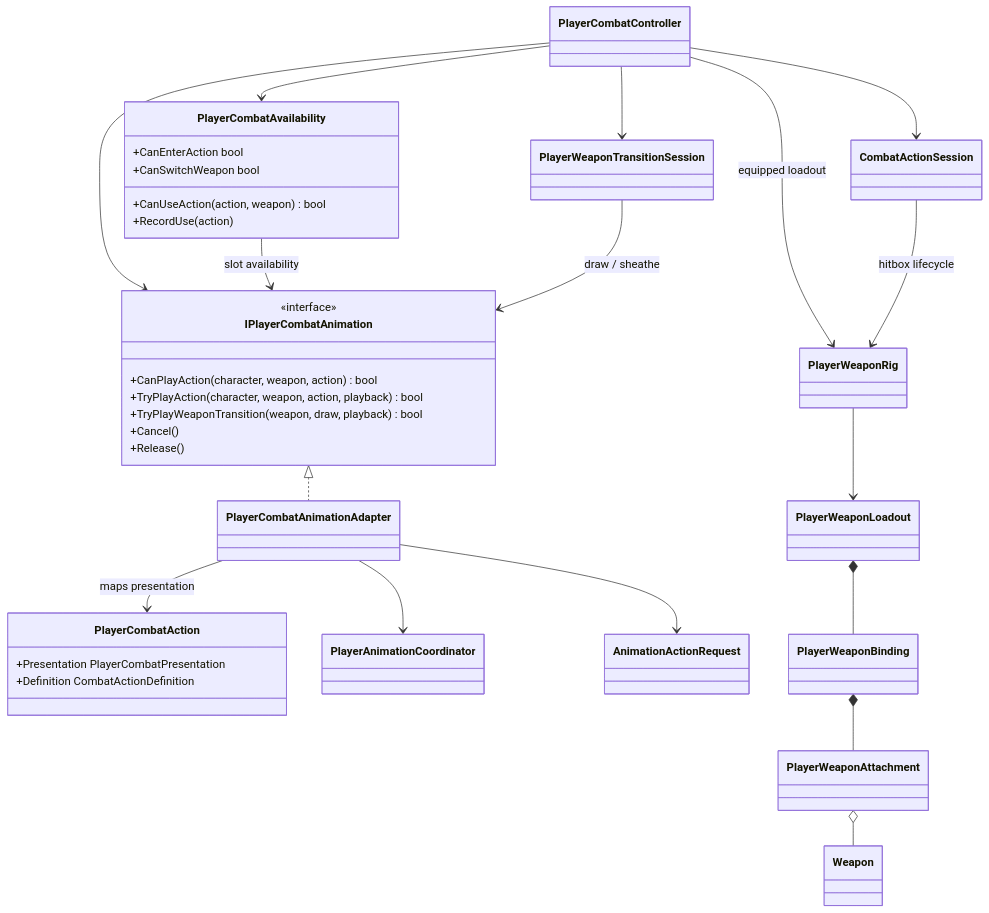
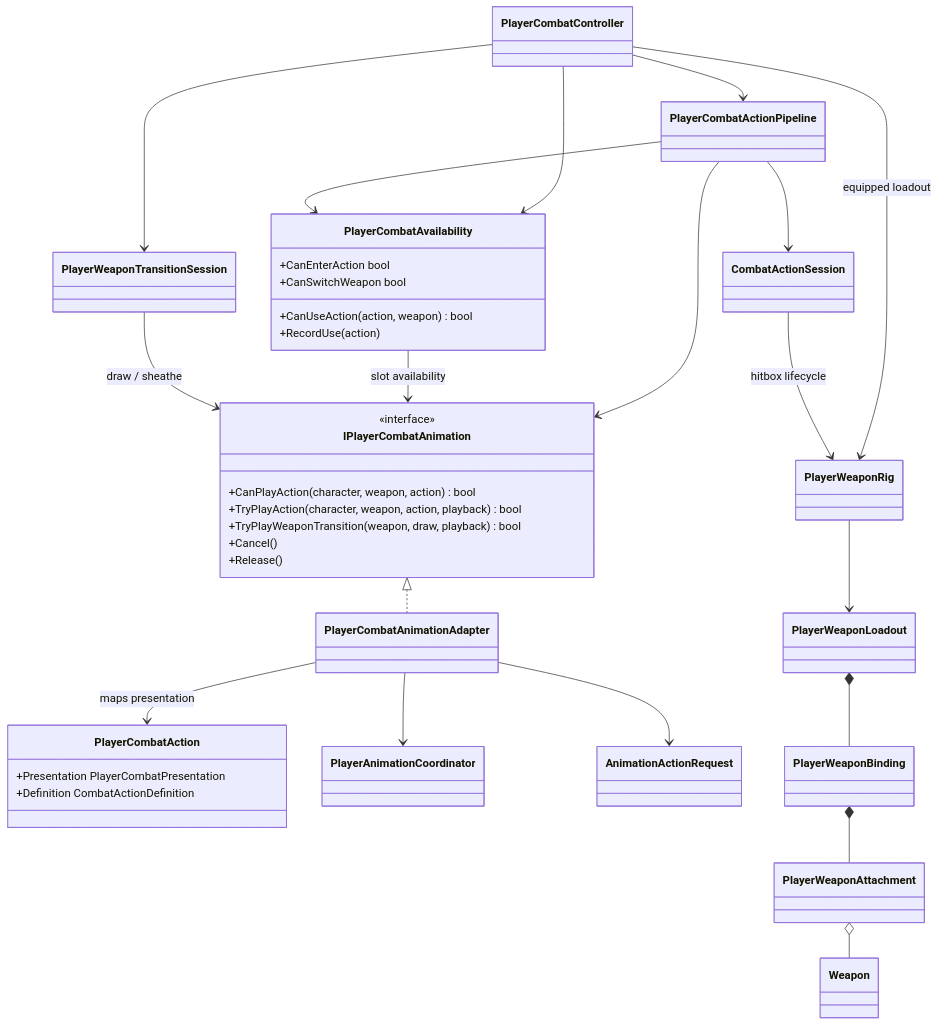
The diagram in Assets/_App/Core/Runtime/Combat/Player/README.md (MaximFonariuc/project-s), drawn with Mermaid before and after one commit. The commit also changed other lines of this file and 13 other files, not shown here.

Commit message:
refactor(combat): extract action execution pipeline

````diff
--- a/Assets/_App/Core/Runtime/Combat/Player/README.md
+++ b/Assets/_App/Core/Runtime/Combat/Player/README.md
@@ -6,49 +7,52 @@
 ```mermaid
 classDiagram
     class PlayerCombatController
+    class PlayerCombatActionPipeline
     class CombatActionSession
     class PlayerWeaponTransitionSession
     class PlayerCombatAvailability {
         +CanEnterAction bool
         +CanSwitchWeapon bool
         +CanUseAction(action, weapon) bool
         +RecordUse(action)
     }
     class IPlayerCombatAnimation {
         <<interface>>
         +CanPlayAction(character, weapon, action) bool
         +TryPlayAction(character, weapon, action, playback) bool
         +TryPlayWeaponTransition(weapon, draw, playback) bool
         +Cancel()
         +Release()
     }
     class PlayerCombatAction {
         +Presentation PlayerCombatPresentation
         +Definition CombatActionDefinition
     }
     class PlayerCombatAnimationAdapter
     class PlayerAnimationCoordinator
     class AnimationActionRequest
     class PlayerWeaponRig
     class PlayerWeaponLoadout
     class PlayerWeaponBinding
     class PlayerWeaponAttachment
     class Weapon
 
-    PlayerCombatController --> IPlayerCombatAnimation
-    PlayerCombatController --> CombatActionSession
+    PlayerCombatController --> PlayerCombatActionPipeline
+    PlayerCombatActionPipeline --> IPlayerCombatAnimation
+    PlayerCombatActionPipeline --> CombatActionSession
     PlayerCombatController --> PlayerWeaponTransitionSession
     PlayerCombatController --> PlayerCombatAvailability
     IPlayerCombatAnimation <|.. PlayerCombatAnimationAdapter
     PlayerCombatAnimationAdapter --> PlayerCombatAction : maps presentation
     PlayerCombatAvailability --> IPlayerCombatAnimation : slot availability
     PlayerWeaponTransitionSession --> IPlayerCombatAnimation : draw / sheathe
     PlayerCombatAnimationAdapter --> PlayerAnimationCoordinator
     PlayerCombatAnimationAdapter --> AnimationActionRequest
+    PlayerCombatActionPipeline --> PlayerCombatAvailability
     PlayerCombatController --> PlayerWeaponRig : equipped loadout
     CombatActionSession --> PlayerWeaponRig : hitbox lifecycle
     PlayerWeaponRig --> PlayerWeaponLoadout
     PlayerWeaponLoadout *-- PlayerWeaponBinding
     PlayerWeaponBinding *-- PlayerWeaponAttachment
     PlayerWeaponAttachment o-- Weapon
 ```
````
